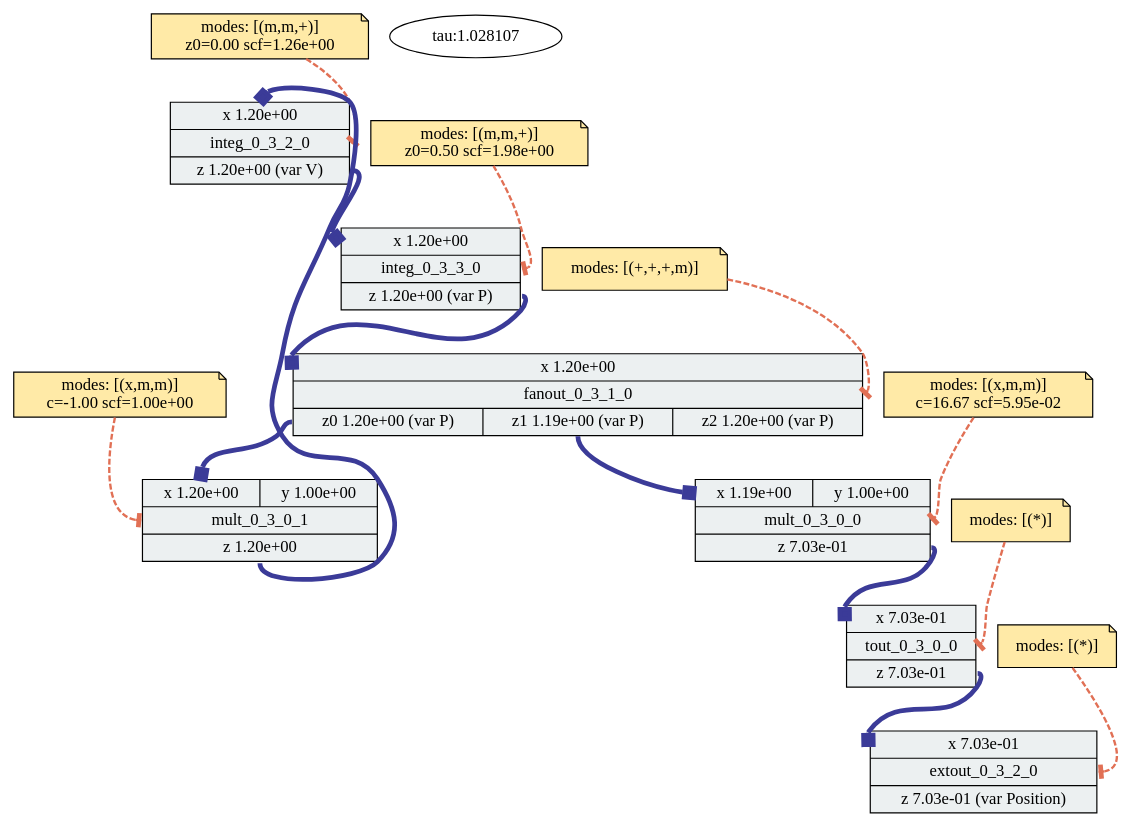
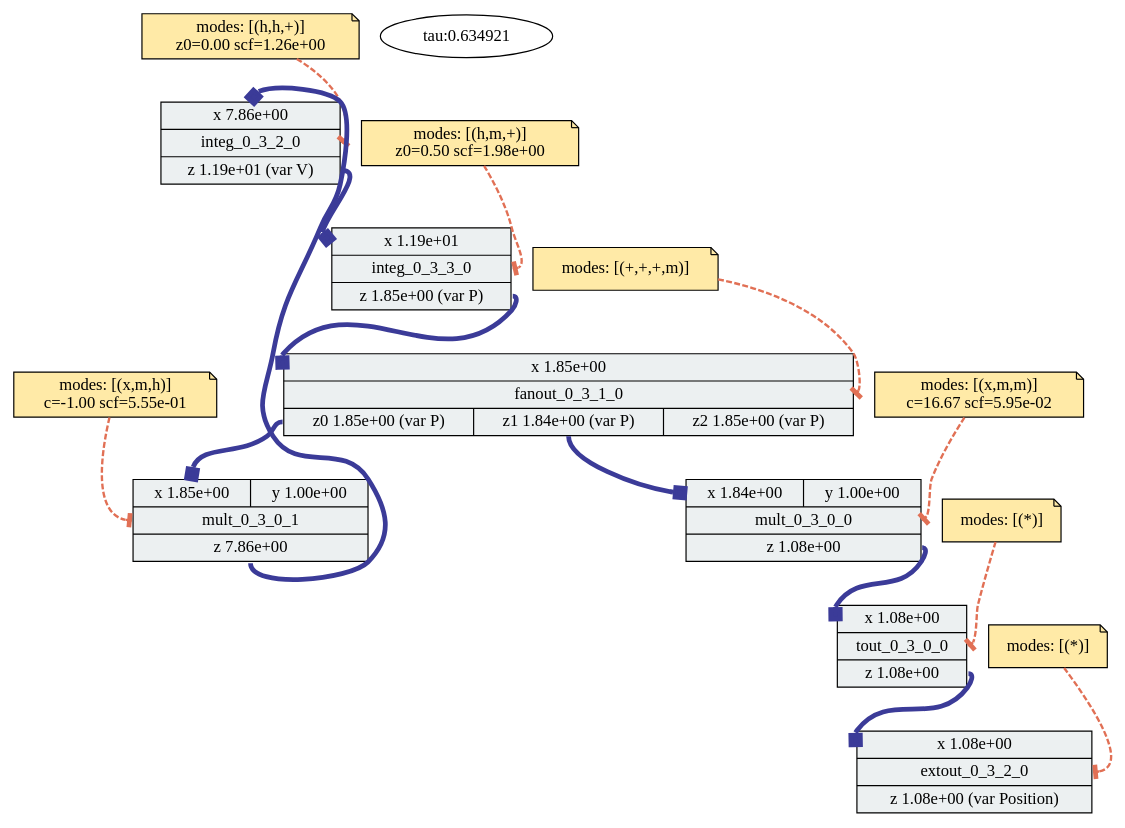
Before and after one commit to sarachour/hcdc-characterization-data: the diagram in c2/outputs/legno/unrestricted/cos/lscale-diag/cos_g3_s2_phys_qty_best_c2.dot, drawn with Graphviz. The commit also changed 268 other files, not shown here.

```diff
--- a/c2/outputs/legno/unrestricted/cos/lscale-diag/cos_g3_s2_phys_qty_best_c2.dot
+++ b/c2/outputs/legno/unrestricted/cos/lscale-diag/cos_g3_s2_phys_qty_best_c2.dot
@@ -1,67 +1,67 @@
 digraph "adp-viz" {
 	graph [overlap=false splines=true]
 	shape=record
 	integ_0_3_2_0 [label="{{<x> x
- 1.20e+00} |<block> integ_0_3_2_0| {<z> z
- 1.20e+00
+ 7.86e+00} |<block> integ_0_3_2_0| {<z> z
+ 1.19e+01
  (var V)}}" fillcolor="#ecf0f1" shape=record style=filled]
-	"integ_0_3_2_0-config" [label="\modes: [(m,m,+)]
+	"integ_0_3_2_0-config" [label="\modes: [(h,h,+)]
 z0=0.00 scf=1.26e+00" fillcolor="#ffeaa7" shape=note style=filled]
 	"integ_0_3_2_0-config" -> integ_0_3_2_0:block [arrowhead=tee arrowtail=normal color="#e17055" penwidth=2 style=dashed]
 	shape=record
 	integ_0_3_3_0 [label="{{<x> x
- 1.20e+00} |<block> integ_0_3_3_0| {<z> z
- 1.20e+00
+ 1.19e+01} |<block> integ_0_3_3_0| {<z> z
+ 1.85e+00
  (var P)}}" fillcolor="#ecf0f1" shape=record style=filled]
-	"integ_0_3_3_0-config" [label="\modes: [(m,m,+)]
+	"integ_0_3_3_0-config" [label="\modes: [(h,m,+)]
 z0=0.50 scf=1.98e+00" fillcolor="#ffeaa7" shape=note style=filled]
 	"integ_0_3_3_0-config" -> integ_0_3_3_0:block [arrowhead=tee arrowtail=normal color="#e17055" penwidth=2 style=dashed]
 	shape=record
 	mult_0_3_0_1 [label="{{<x> x
- 1.20e+00|<y> y
+ 1.85e+00|<y> y
  1.00e+00} |<block> mult_0_3_0_1| {<z> z
- 1.20e+00}}" fillcolor="#ecf0f1" shape=record style=filled]
-	"mult_0_3_0_1-config" [label="\modes: [(x,m,m)]
-c=-1.00 scf=1.00e+00" fillcolor="#ffeaa7" shape=note style=filled]
+ 7.86e+00}}" fillcolor="#ecf0f1" shape=record style=filled]
+	"mult_0_3_0_1-config" [label="\modes: [(x,m,h)]
+c=-1.00 scf=5.55e-01" fillcolor="#ffeaa7" shape=note style=filled]
 	"mult_0_3_0_1-config" -> mult_0_3_0_1:block [arrowhead=tee arrowtail=normal color="#e17055" penwidth=2 style=dashed]
 	shape=record
 	mult_0_3_0_0 [label="{{<x> x
- 1.19e+00|<y> y
+ 1.84e+00|<y> y
  1.00e+00} |<block> mult_0_3_0_0| {<z> z
- 7.03e-01}}" fillcolor="#ecf0f1" shape=record style=filled]
+ 1.08e+00}}" fillcolor="#ecf0f1" shape=record style=filled]
 	"mult_0_3_0_0-config" [label="\modes: [(x,m,m)]
 c=16.67 scf=5.95e-02" fillcolor="#ffeaa7" shape=note style=filled]
 	"mult_0_3_0_0-config" -> mult_0_3_0_0:block [arrowhead=tee arrowtail=normal color="#e17055" penwidth=2 style=dashed]
 	shape=record
 	extout_0_3_2_0 [label="{{<x> x
- 7.03e-01} |<block> extout_0_3_2_0| {<z> z
- 7.03e-01
+ 1.08e+00} |<block> extout_0_3_2_0| {<z> z
+ 1.08e+00
  (var Position)}}" fillcolor="#ecf0f1" shape=record style=filled]
 	"extout_0_3_2_0-config" [label="\modes: [(*)]" fillcolor="#ffeaa7" shape=note style=filled]
 	"extout_0_3_2_0-config" -> extout_0_3_2_0:block [arrowhead=tee arrowtail=normal color="#e17055" penwidth=2 style=dashed]
 	shape=record
 	fanout_0_3_1_0 [label="{{<x> x
- 1.20e+00} |<block> fanout_0_3_1_0| {<z0> z0
- 1.20e+00
+ 1.85e+00} |<block> fanout_0_3_1_0| {<z0> z0
+ 1.85e+00
  (var P)|<z1> z1
- 1.19e+00
+ 1.84e+00
  (var P)|<z2> z2
- 1.20e+00
+ 1.85e+00
  (var P)}}" fillcolor="#ecf0f1" shape=record style=filled]
 	"fanout_0_3_1_0-config" [label="\modes: [(+,+,+,m)]" fillcolor="#ffeaa7" shape=note style=filled]
 	"fanout_0_3_1_0-config" -> fanout_0_3_1_0:block [arrowhead=tee arrowtail=normal color="#e17055" penwidth=2 style=dashed]
 	shape=record
 	tout_0_3_0_0 [label="{{<x> x
- 7.03e-01} |<block> tout_0_3_0_0| {<z> z
- 7.03e-01}}" fillcolor="#ecf0f1" shape=record style=filled]
+ 1.08e+00} |<block> tout_0_3_0_0| {<z> z
+ 1.08e+00}}" fillcolor="#ecf0f1" shape=record style=filled]
 	"tout_0_3_0_0-config" [label="\modes: [(*)]" fillcolor="#ffeaa7" shape=note style=filled]
 	"tout_0_3_0_0-config" -> tout_0_3_0_0:block [arrowhead=tee arrowtail=normal color="#e17055" penwidth=2 style=dashed]
 	mult_0_3_0_1:z -> integ_0_3_2_0:x [arrowhead=box arrowtail=normal color="#3B3B98" penwidth=4]
 	mult_0_3_0_0:z -> tout_0_3_0_0:x [arrowhead=box arrowtail=normal color="#3B3B98" penwidth=4]
 	tout_0_3_0_0:z -> extout_0_3_2_0:x [arrowhead=box arrowtail=normal color="#3B3B98" penwidth=4]
 	integ_0_3_3_0:z -> fanout_0_3_1_0:x [arrowhead=box arrowtail=normal color="#3B3B98" penwidth=4]
 	fanout_0_3_1_0:z0 -> mult_0_3_0_1:x [arrowhead=box arrowtail=normal color="#3B3B98" penwidth=4]
 	fanout_0_3_1_0:z1 -> mult_0_3_0_0:x [arrowhead=box arrowtail=normal color="#3B3B98" penwidth=4]
 	integ_0_3_2_0:z -> integ_0_3_3_0:x [arrowhead=box arrowtail=normal color="#3B3B98" penwidth=4]
-	time_const [label="tau:1.028107"]
+	time_const [label="tau:0.634921"]
 }
```
